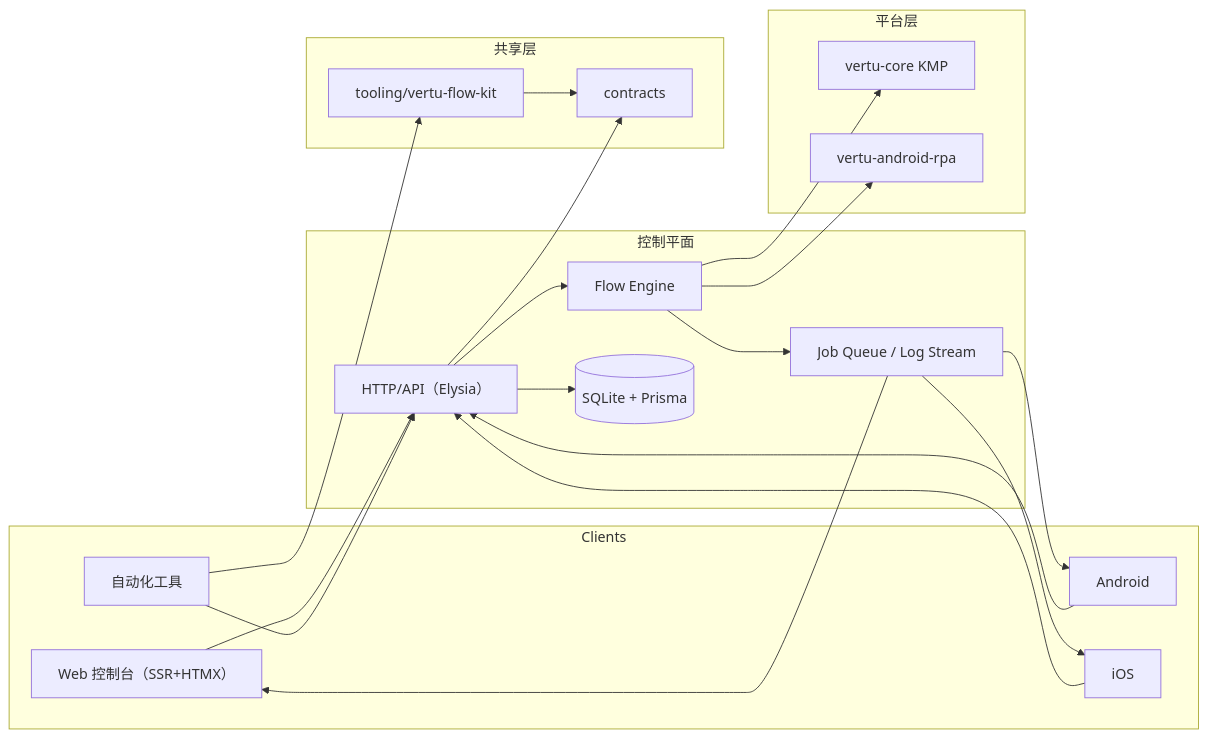
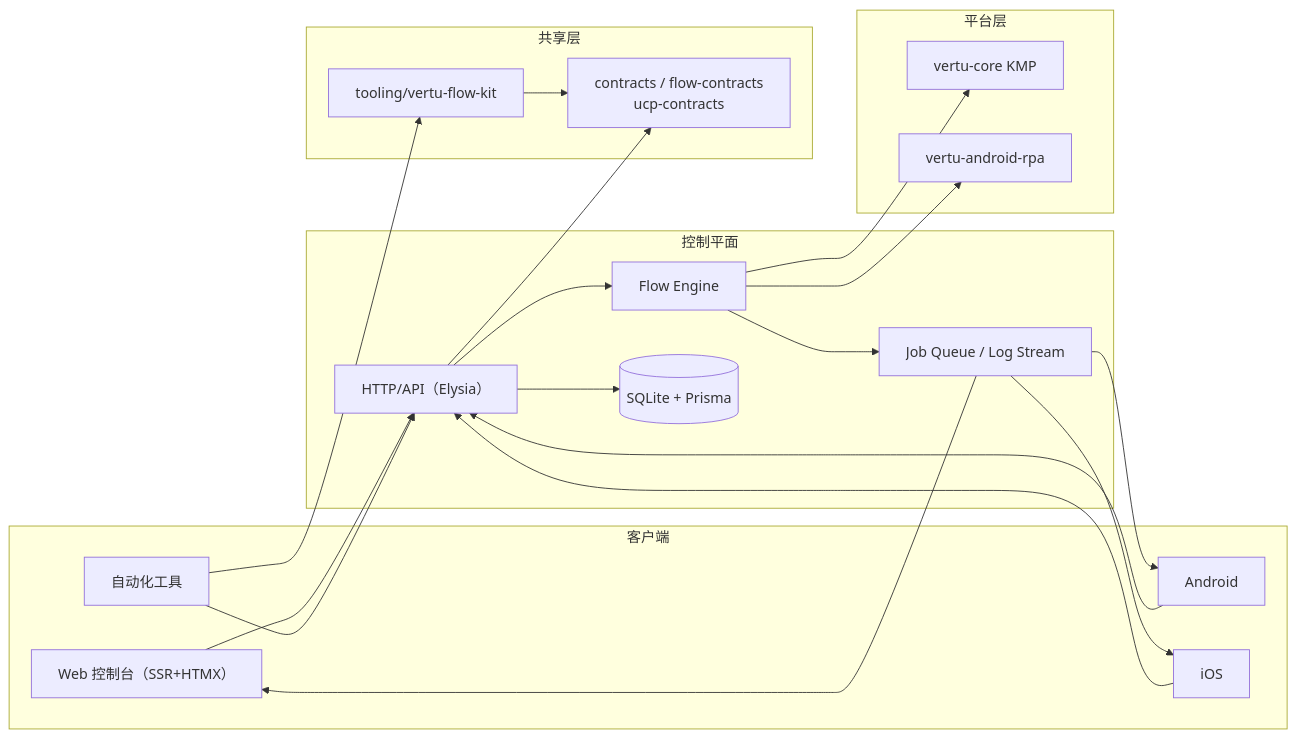
Before and after one commit to d4551/vertu-edge: the fourth of 6 diagrams in README.md, drawn with Mermaid. The commit also changed other lines of this file, not shown here.

Commit message:
docs: stabilize Mermaid charts in bilingual README

````diff
--- a/README.md
+++ b/README.md
@@ -311,42 +311,42 @@
 ```mermaid
 flowchart LR
-  subgraph Clients
-    A[Web 控制台（SSR+HTMX）]
-    B[Android]
-    C[iOS]
-    D[自动化工具]
+  subgraph Clients["客户端"]
+    A["Web 控制台（SSR+HTMX）"]
+    B["Android"]
+    C["iOS"]
+    D["自动化工具"]
   end
 
   subgraph Control["控制平面"]
-    E[HTTP/API（Elysia）]
-    F[Flow Engine]
+    E["HTTP/API（Elysia）"]
+    F["Flow Engine"]
     G[(SQLite + Prisma)]
-    H[Job Queue / Log Stream]
+    H["Job Queue / Log Stream"]
   end
 
   subgraph Shared["共享层"]
-    I[contracts]
-    J[tooling/vertu-flow-kit]
+    I["contracts / flow-contracts<br/>ucp-contracts"]
+    J["tooling/vertu-flow-kit"]
   end
 
   subgraph Platform["平台层"]
-    K[vertu-core KMP]
-    L[vertu-android-rpa]
+    K["vertu-core KMP"]
+    L["vertu-android-rpa"]
   end
 
   A --> E
   B --> E
   C --> E
   D --> E
   D --> J
   E --> I
   J --> I
   E --> F
   F --> K
   F --> L
   E --> G
   F --> H
   H --> A
   H --> B
   H --> C
 ```
````
